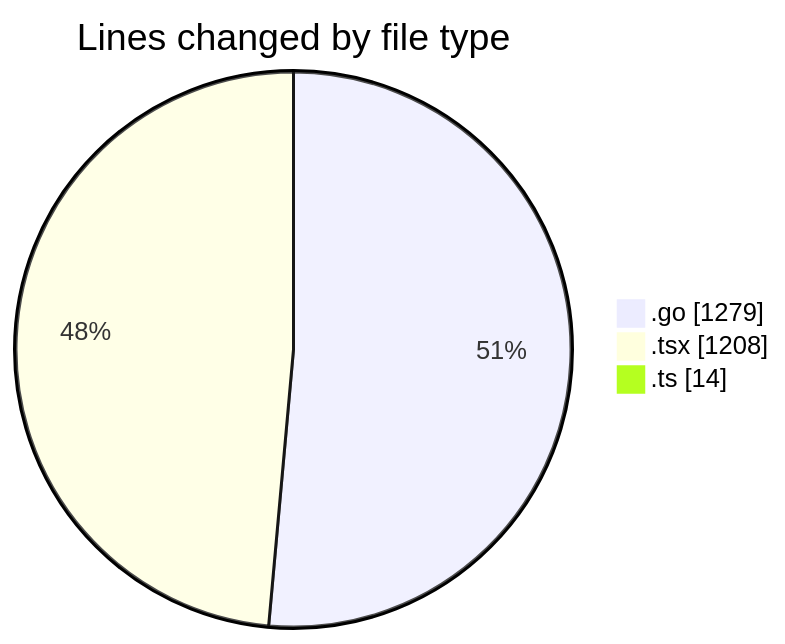
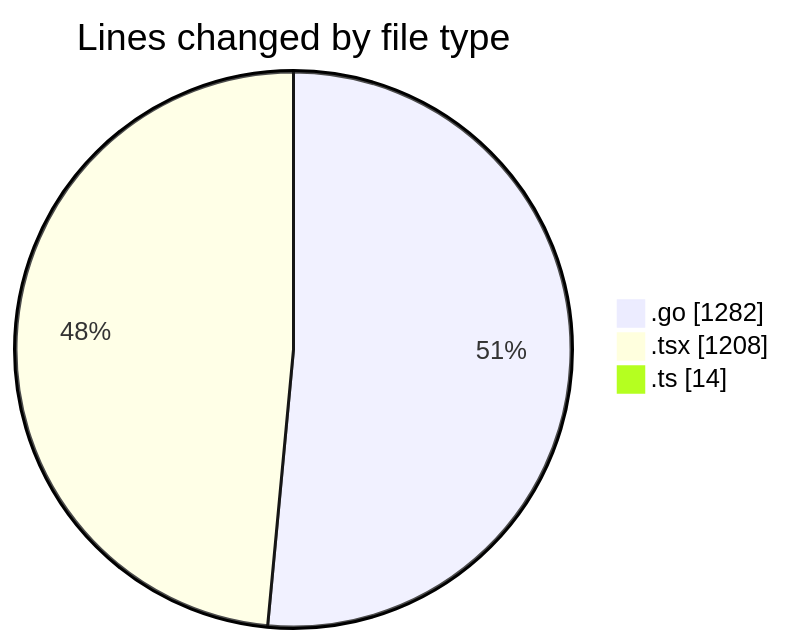
Before and after one commit to robertbonfada/code-tracking: the first of 2 diagrams in 2025-03-05/termonied_testador/README.md, drawn with Mermaid. The commit also changed other lines of this file and 1 other file, not shown here.

````diff
--- a/2025-03-05/termonied_testador/README.md
+++ b/2025-03-05/termonied_testador/README.md
@@ -28,7 +28,7 @@
 ```mermaid
 pie showData
 title Lines changed by file type
-".go" : 1279
+".go" : 1282
 ".tsx" : 1208
 ".ts" : 14
 ```
````
